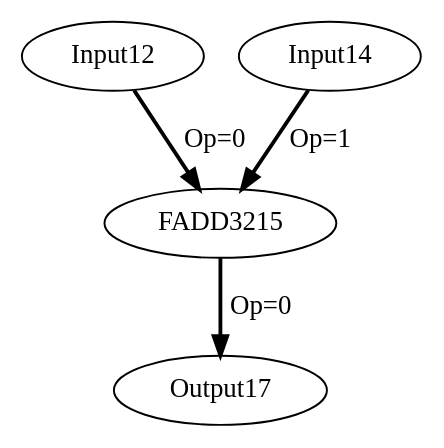
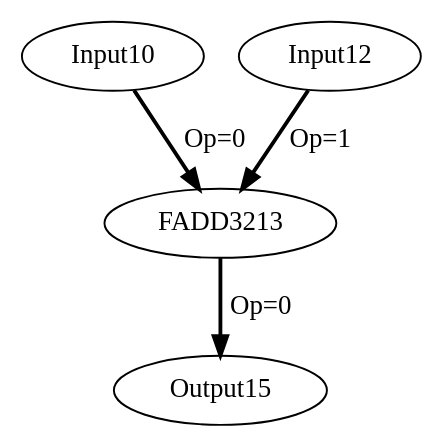
One commit to MIONkb/cgrv-opt changed the diagram in experiments/EasyMLIRCall/3_dfgs/forward_kernel_0.dot. Above: the diagram before and after it, drawn with Graphviz. The commit also changed 652 other files, not shown here.

```diff
--- a/experiments/EasyMLIRCall/3_dfgs/forward_kernel_0.dot
+++ b/experiments/EasyMLIRCall/3_dfgs/forward_kernel_0.dot
@@ -1,9 +1,9 @@
 Digraph G {
-Input12[opcode=Input, ref_name="arg", size="44", offset="0, 0", pattern="4, 11"];
-Input14[opcode=Input, ref_name="arg1", size="44", offset="0, 0", pattern="4, 11"];
-FADD3215[opcode=FADD32];
-Output17[opcode=Output, ref_name="arg2", size="44", offset="0, 0", pattern="4, 11"];
-Input12 -> FADD3215[operand = 0 ,color = black, style = bold, label = "Op=0"];
-Input14 -> FADD3215[operand = 1 ,color = black, style = bold, label = "Op=1"];
-FADD3215 -> Output17[operand = 0 ,color = black, style = bold, label = "Op=0"];
+Input10[opcode=Input, ref_name="arg", size="60", offset="0, 0", pattern="4, 5, 4, 3"];
+Input12[opcode=Input, ref_name="arg1", size="60", offset="0, 0", pattern="4, 5, 4, 3"];
+FADD3213[opcode=FADD32];
+Output15[opcode=Output, ref_name="arg2", size="60", offset="0, 0", pattern="4, 5, 4, 3"];
+Input10 -> FADD3213[operand = 0 ,color = black, style = bold, label = "Op=0"];
+Input12 -> FADD3213[operand = 1 ,color = black, style = bold, label = "Op=1"];
+FADD3213 -> Output15[operand = 0 ,color = black, style = bold, label = "Op=0"];
 }
```
